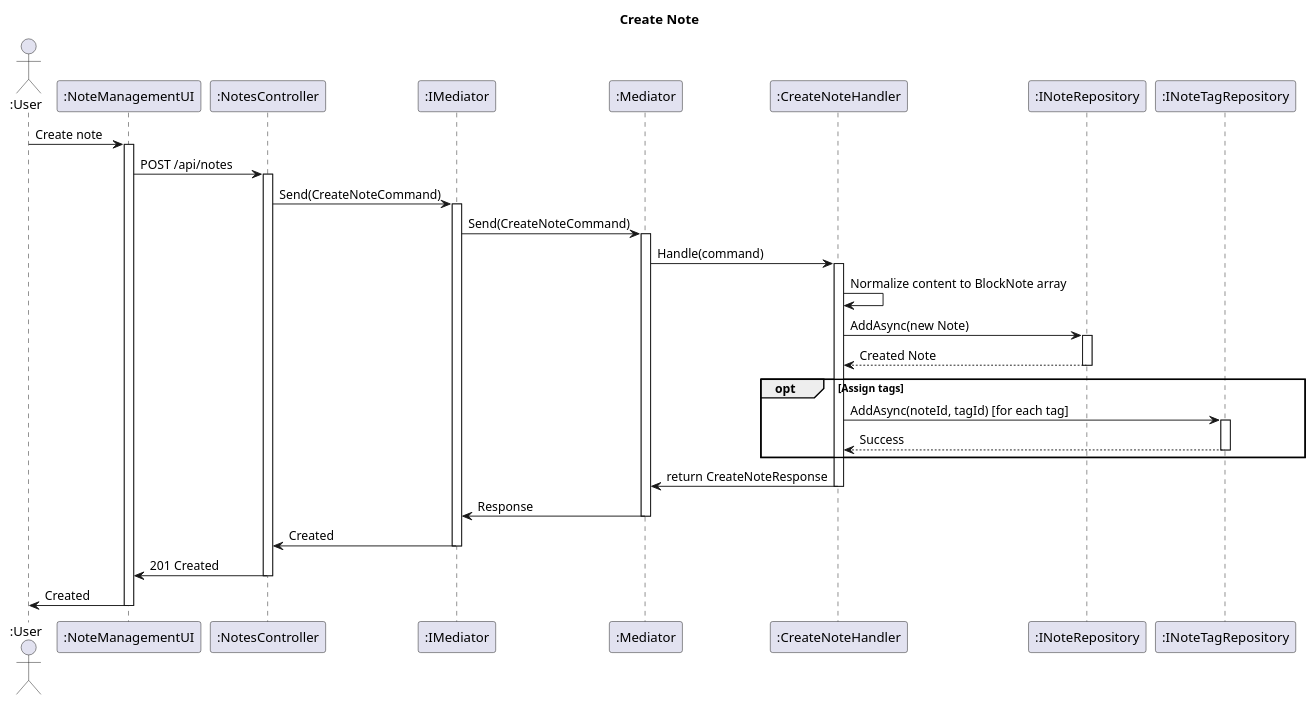
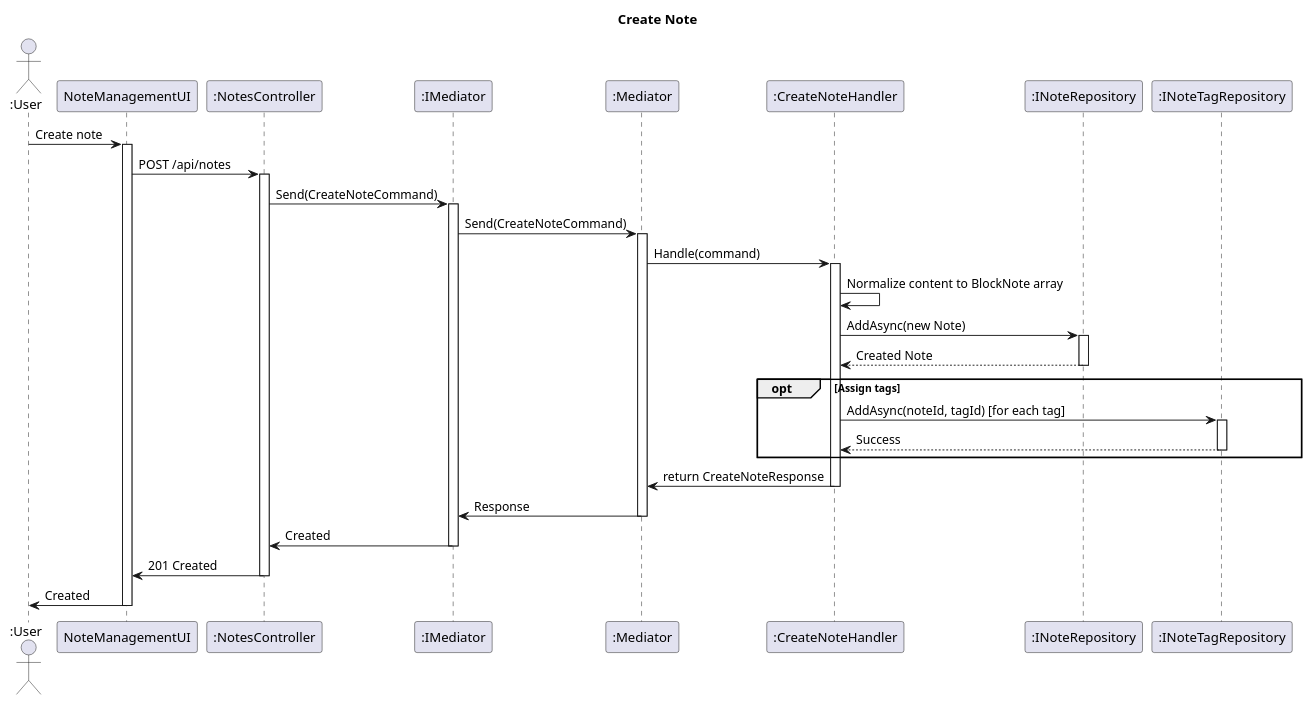
One commit to FA25SE050-RogueLearn/RogueLearn.BMAD.Documentation changed the diagram in docs/srs/diagrams/sequence-diagram/notes/notes-create.puml. Above: the diagram before and after it, drawn with PlantUML. The commit also changed 77 other files, not shown here.

Commit message:
add: fix the sequence diagrams

```diff
--- a/docs/srs/diagrams/sequence-diagram/notes/notes-create.puml
+++ b/docs/srs/diagrams/sequence-diagram/notes/notes-create.puml
@@ -1,48 +1,48 @@
 @startuml
 title Create Note
 
 actor ":User" as User
-participant ":NoteManagementUI" as NoteUI
+participant NoteManagementUI as NoteUI
 participant ":NotesController" as Controller
 participant ":IMediator" as Med
 participant ":Mediator" as Mediator
 participant ":CreateNoteHandler" as Handler
 participant ":INoteRepository" as INoteRepo
 participant ":INoteTagRepository" as INoteTagRepo
 
 User -> NoteUI : Create note
 activate NoteUI
 NoteUI -> Controller : POST /api/notes
 activate Controller
 Controller -> Med : Send(CreateNoteCommand)
 activate Med
 Med -> Mediator : Send(CreateNoteCommand)
 activate Mediator
 Mediator -> Handler : Handle(command)
 activate Handler
 
 Handler -> Handler : Normalize content to BlockNote array
 Handler -> INoteRepo : AddAsync(new Note)
 activate INoteRepo
 INoteRepo --> Handler : Created Note
 deactivate INoteRepo
 
 opt Assign tags
 Handler -> INoteTagRepo : AddAsync(noteId, tagId) [for each tag]
 activate INoteTagRepo
 INoteTagRepo --> Handler : Success
 deactivate INoteTagRepo
 end
 
 Handler -> Mediator : return CreateNoteResponse
 deactivate Handler
 Mediator -> Med : Response
 deactivate Mediator
 Med -> Controller : Created
 deactivate Med
 Controller -> NoteUI : 201 Created
 deactivate Controller
 NoteUI -> User : Created
 deactivate NoteUI
 
 @enduml
```
